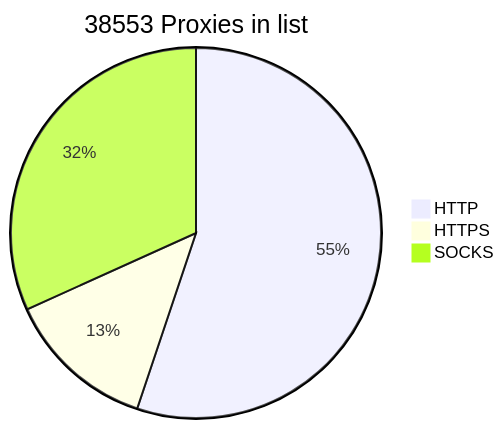
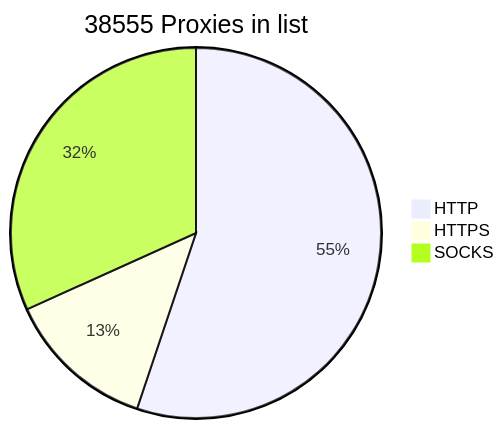
One commit to BlackSnowDot/proxylist-update-every-minute changed the diagram in README.md. Above: the diagram before and after it, drawn with Mermaid.

````diff
--- a/README.md
+++ b/README.md
@@ -2,6 +2,6 @@
 ```mermaid
-pie title 38553 Proxies in list
-    "HTTP" : 23605
-    "HTTPS": 5606
+pie title 38555 Proxies in list
+    "HTTP" : 23615
+    "HTTPS": 5608
     "SOCKS" : 13596
 ```
````
